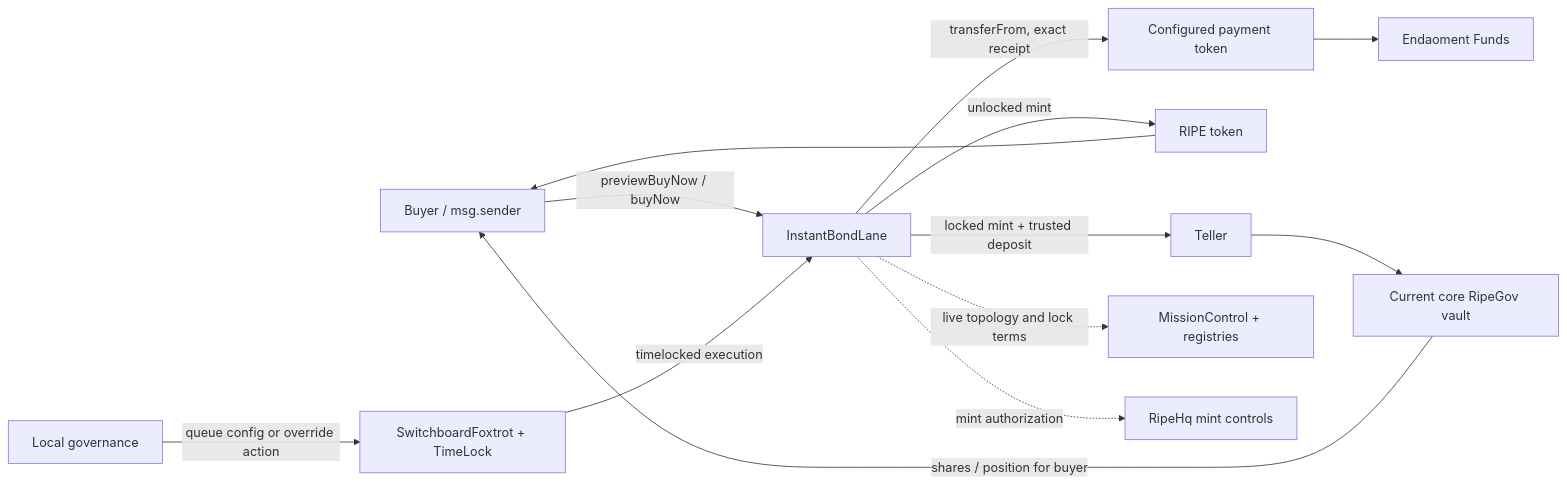
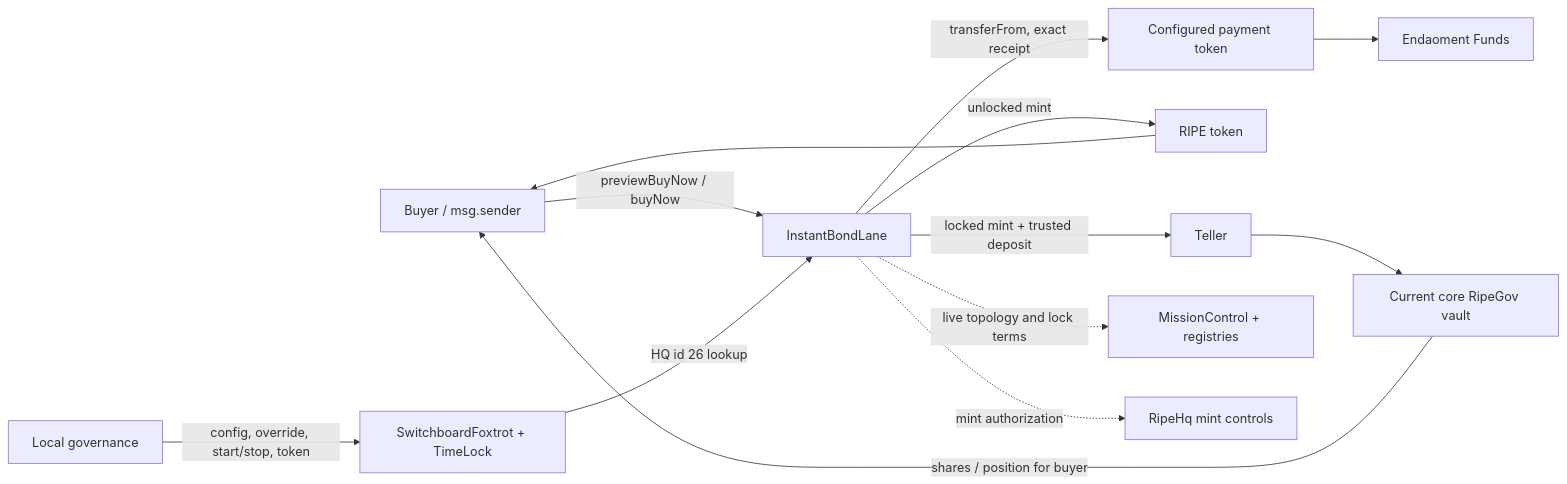
One commit to Ripe-Foundation/ripe-protocol changed the diagram in docs/instant-bond-lane/README.md. Above: the diagram before and after it, drawn with Mermaid. The commit also changed other lines of this file and 5 other files, not shown here.

````diff
--- a/docs/instant-bond-lane/README.md
+++ b/docs/instant-bond-lane/README.md
@@ -65,27 +59,27 @@
 ```mermaid
 flowchart LR
     Buyer["Buyer / msg.sender"]
     Lane["InstantBondLane"]
     Payment["Configured payment token"]
     Endao["Endaoment Funds"]
     Ripe["RIPE token"]
     Teller["Teller"]
     GovVault["Current core RipeGov vault"]
     MC["MissionControl + registries"]
     HQ["RipeHq mint controls"]
     Gov["Local governance"]
     Fox["SwitchboardFoxtrot + TimeLock"]
 
     Buyer -->|"previewBuyNow / buyNow"| Lane
     Lane -->|"transferFrom, exact receipt"| Payment
     Payment --> Endao
     Lane -->|"unlocked mint"| Ripe
     Ripe --> Buyer
     Lane -->|"locked mint + trusted deposit"| Teller
     Teller --> GovVault
     GovVault -->|"shares / position for buyer"| Buyer
     Lane -.->|live topology and lock terms| MC
     Lane -.->|mint authorization| HQ
-    Gov -->|"queue config or override action"| Fox
-    Fox -->|"timelocked execution"| Lane
+    Gov -->|"config, override, start/stop, token"| Fox
+    Fox -->|"HQ id 26 lookup"| Lane
 ```
````
